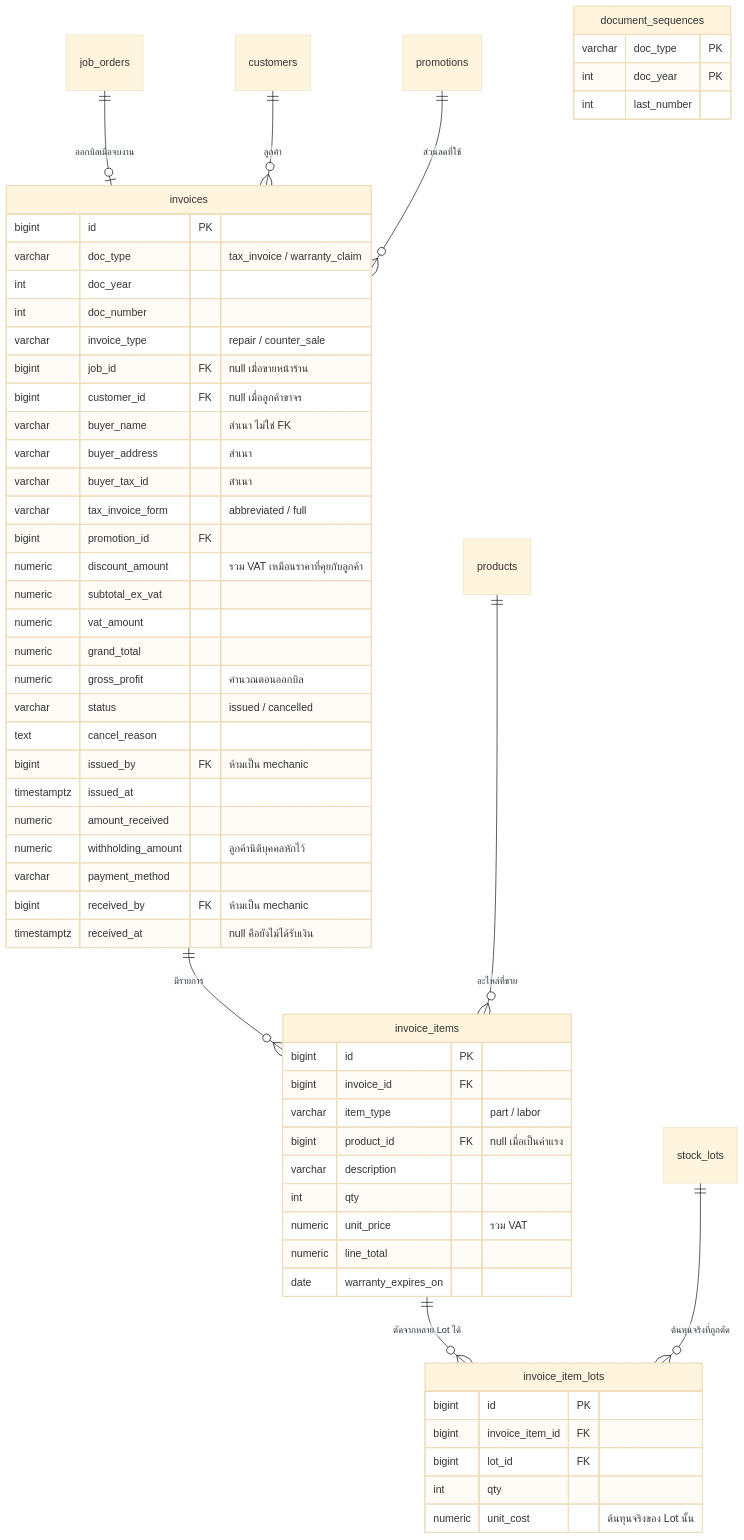
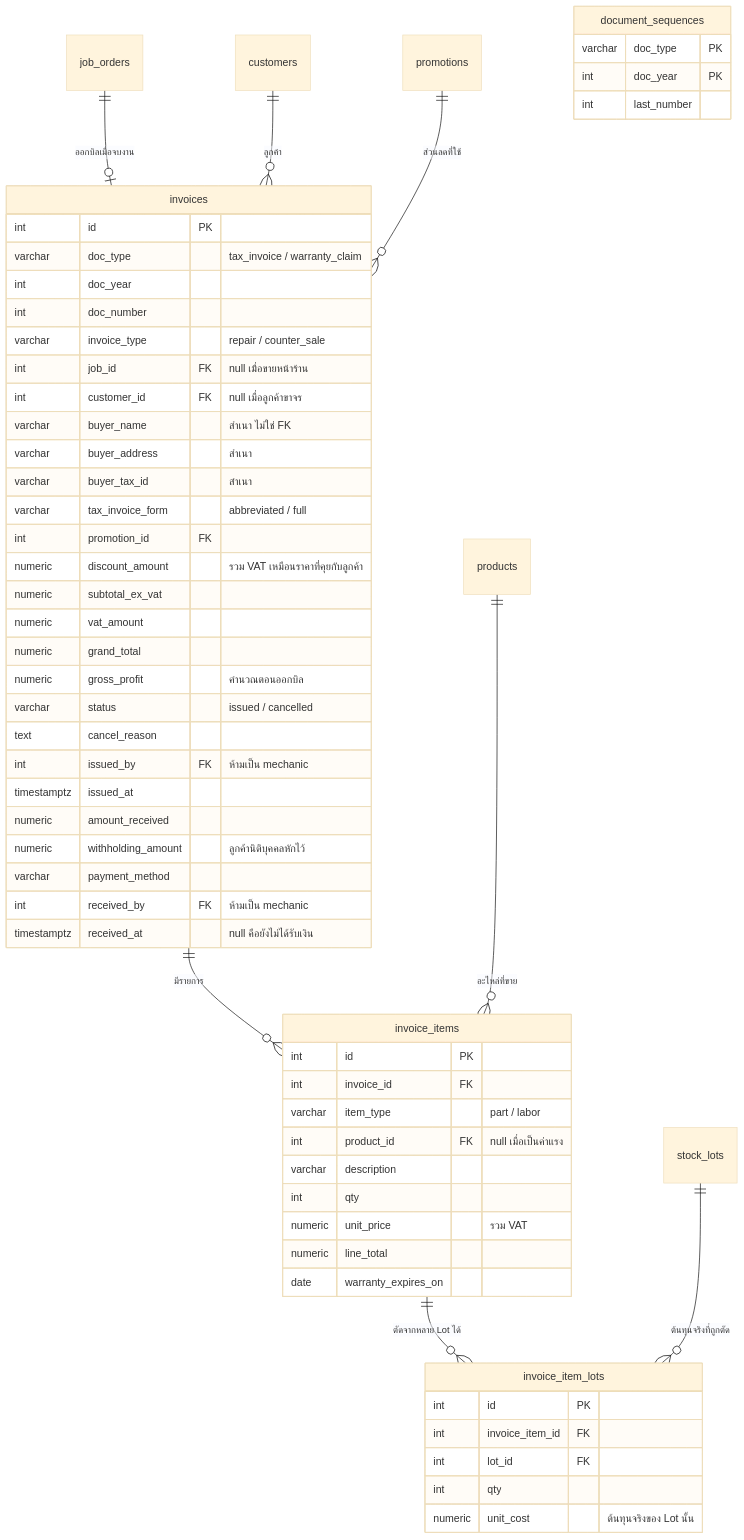
Before and after one commit to kaewjamsai0193/Garage_Final_Project: the seventh of 8 diagrams in data_model.md, drawn with Mermaid (base theme). The commit also changed other lines of this file and 3 other files, not shown here.

````diff
--- a/data_model.md
+++ b/data_model.md
@@ -277,65 +277,65 @@
 ```mermaid
 erDiagram
     job_orders ||--o| invoices : "ออกบิลเมื่อจบงาน"
     customers ||--o{ invoices : "ลูกค้า"
     promotions ||--o{ invoices : "ส่วนลดที่ใช้"
     invoices ||--o{ invoice_items : "มีรายการ"
     invoice_items ||--o{ invoice_item_lots : "ตัดจากหลาย Lot ได้"
     stock_lots ||--o{ invoice_item_lots : "ต้นทุนจริงที่ถูกตัด"
     products ||--o{ invoice_items : "อะไหล่ที่ขาย"
 
     invoices {
-        bigint id PK
+        int id PK
         varchar doc_type "tax_invoice / warranty_claim"
         int doc_year
         int doc_number
         varchar invoice_type "repair / counter_sale"
-        bigint job_id FK "null เมื่อขายหน้าร้าน"
-        bigint customer_id FK "null เมื่อลูกค้าขาจร"
+        int job_id FK "null เมื่อขายหน้าร้าน"
+        int customer_id FK "null เมื่อลูกค้าขาจร"
         varchar buyer_name "สำเนา ไม่ใช่ FK"
         varchar buyer_address "สำเนา"
         varchar buyer_tax_id "สำเนา"
         varchar tax_invoice_form "abbreviated / full"
-        bigint promotion_id FK
+        int promotion_id FK
         numeric discount_amount "รวม VAT เหมือนราคาที่คุยกับลูกค้า"
         numeric subtotal_ex_vat
         numeric vat_amount
         numeric grand_total
         numeric gross_profit "คำนวณตอนออกบิล"
         varchar status "issued / cancelled"
         text cancel_reason
-        bigint issued_by FK "ห้ามเป็น mechanic"
+        int issued_by FK "ห้ามเป็น mechanic"
         timestamptz issued_at
         numeric amount_received
         numeric withholding_amount "ลูกค้านิติบุคคลหักไว้"
         varchar payment_method
-        bigint received_by FK "ห้ามเป็น mechanic"
+        int received_by FK "ห้ามเป็น mechanic"
         timestamptz received_at "null คือยังไม่ได้รับเงิน"
     }
 
     invoice_items {
-        bigint id PK
-        bigint invoice_id FK
+        int id PK
+        int invoice_id FK
         varchar item_type "part / labor"
-        bigint product_id FK "null เมื่อเป็นค่าแรง"
+        int product_id FK "null เมื่อเป็นค่าแรง"
         varchar description
         int qty
         numeric unit_price "รวม VAT"
         numeric line_total
         date warranty_expires_on
     }
 
     invoice_item_lots {
-        bigint id PK
-        bigint invoice_item_id FK
-        bigint lot_id FK
+        int id PK
+        int invoice_item_id FK
+        int lot_id FK
         int qty
         numeric unit_cost "ต้นทุนจริงของ Lot นั้น"
     }
 
     document_sequences {
         varchar doc_type PK
         int doc_year PK
         int last_number
     }
 ```
````
